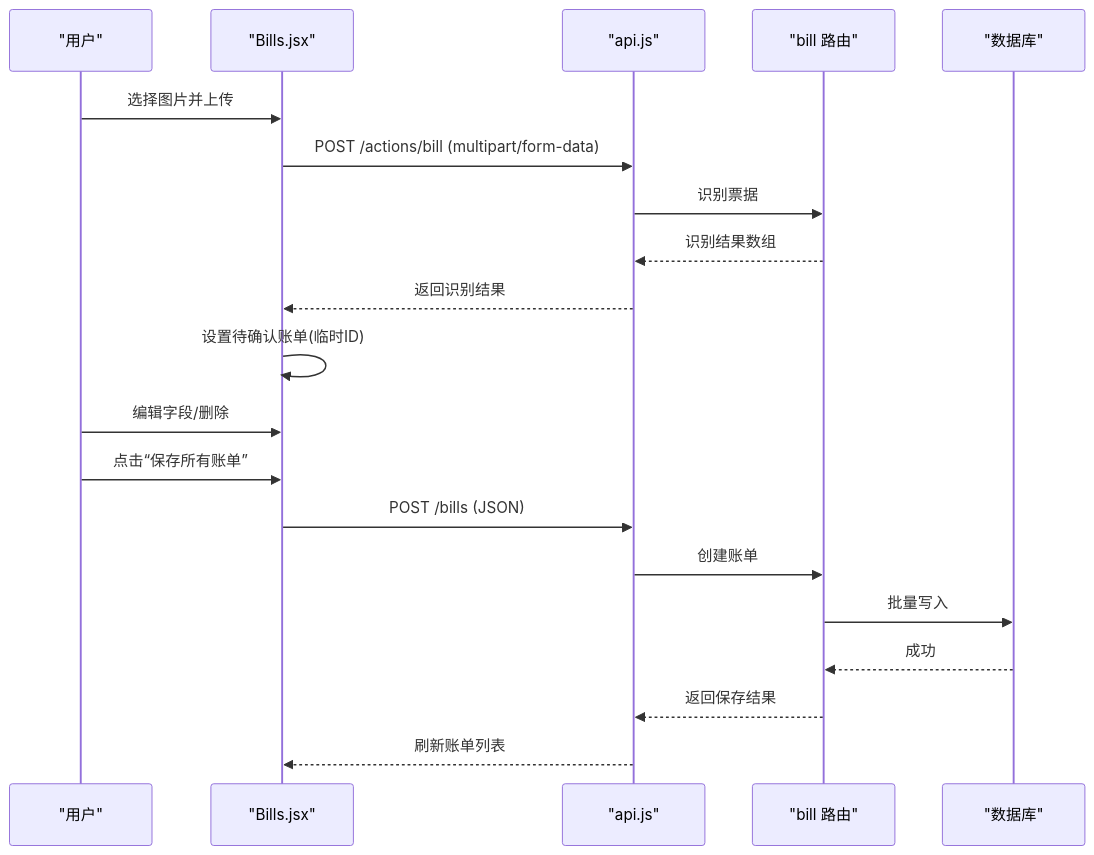
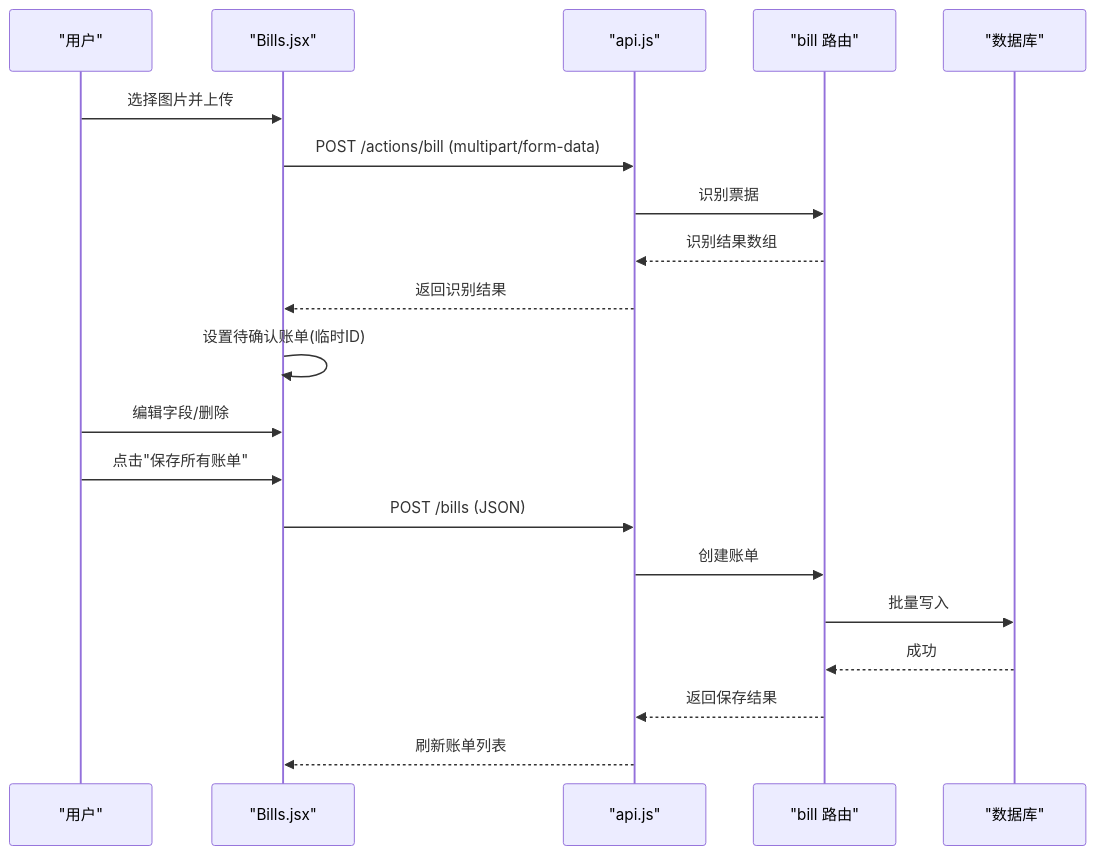
One commit to henghengZhu-0719/myblog changed the fourth of 7 diagrams in .qoder/repowiki/zh/content/前端架构/核心组件/功能特性组件.md. Above: the diagram before and after it, drawn with Mermaid. The commit also changed other lines of this file and 3 other files, not shown here.

````diff
--- a/.qoder/repowiki/zh/content/前端架构/核心组件/功能特性组件.md
+++ b/.qoder/repowiki/zh/content/前端架构/核心组件/功能特性组件.md
@@ -204,22 +217,22 @@
 ```mermaid
 sequenceDiagram
 participant U as "用户"
 participant C as "Bills.jsx"
 participant A as "api.js"
 participant RB as "bill 路由"
 participant DB as "数据库"
 U->>C : 选择图片并上传
 C->>A : POST /actions/bill (multipart/form-data)
 A->>RB : 识别票据
 RB-->>A : 识别结果数组
 A-->>C : 返回识别结果
 C->>C : 设置待确认账单(临时ID)
 U->>C : 编辑字段/删除
-U->>C : 点击“保存所有账单”
+U->>C : 点击"保存所有账单"
 C->>A : POST /bills (JSON)
 A->>RB : 创建账单
 RB->>DB : 批量写入
 DB-->>RB : 成功
 RB-->>A : 返回保存结果
 A-->>C : 刷新账单列表
 ```
````
